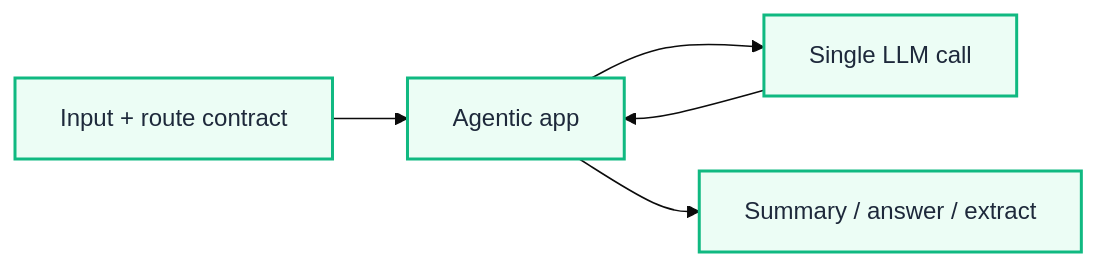
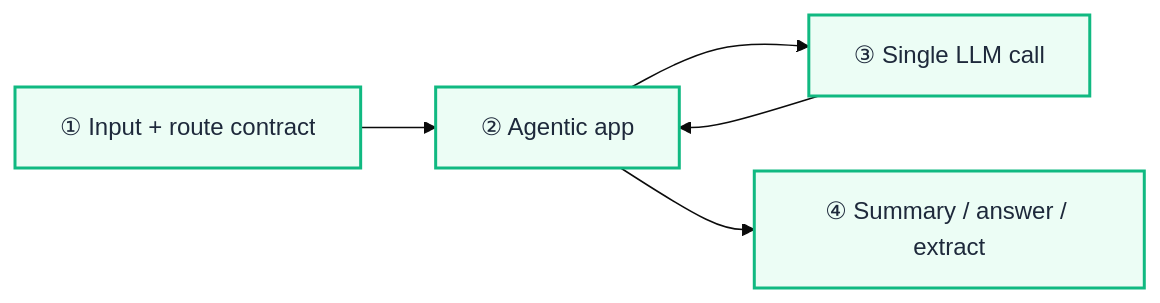
Before and after one commit to iamsharmajitender/gain: the second of 8 diagrams in docs/insights/2026-08-05-enterprise-ai-workflow-patterns-autonomy-vs-control/enterprise-ai-workflow-patterns-autonomy-vs-control.mdx, drawn with Mermaid (base theme). The commit also changed other lines of this file and 201 other files, not shown here.

````diff
--- a/docs/insights/2026-08-05-enterprise-ai-workflow-patterns-autonomy-vs-control/enterprise-ai-workflow-patterns-autonomy-vs-control.mdx
+++ b/docs/insights/2026-08-05-enterprise-ai-workflow-patterns-autonomy-vs-control/enterprise-ai-workflow-patterns-autonomy-vs-control.mdx
@@ -91,10 +93,10 @@
 ```mermaid
 flowchart LR
-    Input[Input + route contract] --> App[Agentic app]
-    App --> LLM[Single LLM call]
+    Input["① Input + route contract"] --> App["② Agentic app"]
+    App --> LLM["③ Single LLM call"]
     LLM --> App
-    App --> Output[Summary / answer / extract]
+    App --> Output["④ Summary / answer / extract"]
 
     classDef oneshot fill:#ecfdf5,stroke:#10b981,color:#1e293b,stroke-width:2px
     class Input,App,LLM,Output oneshot
 ```
````
